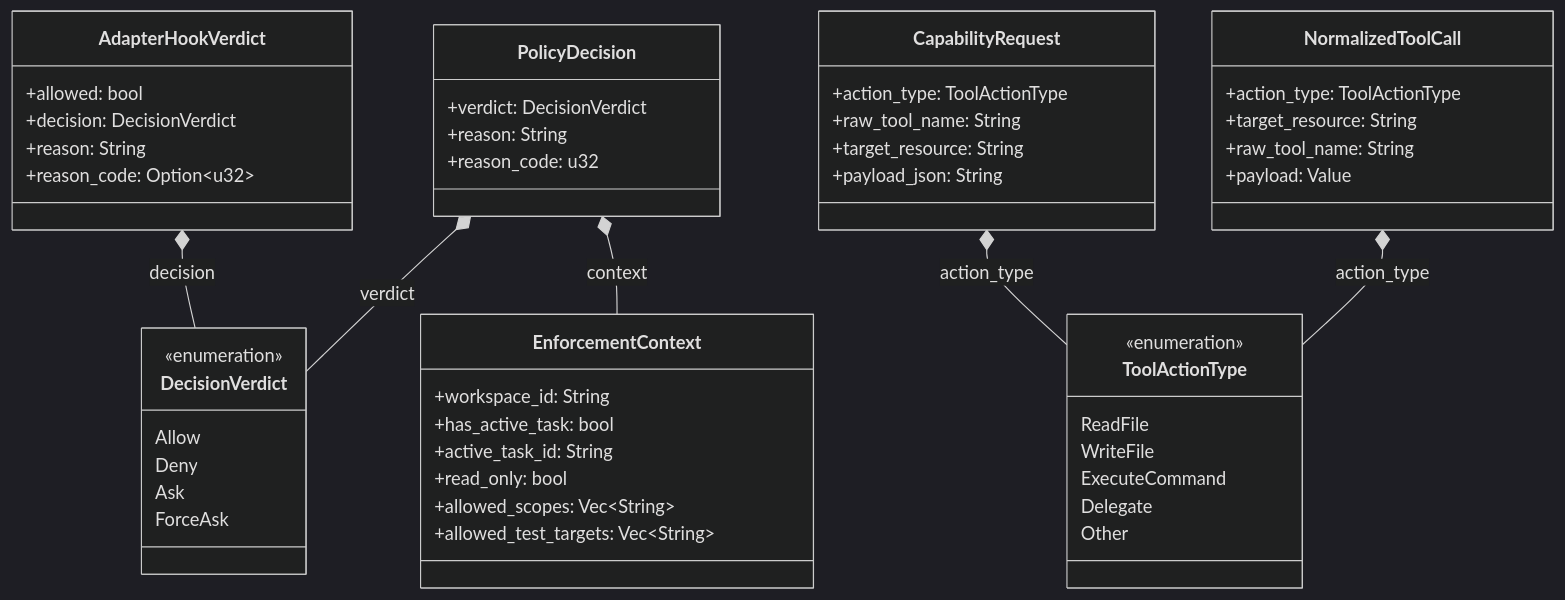
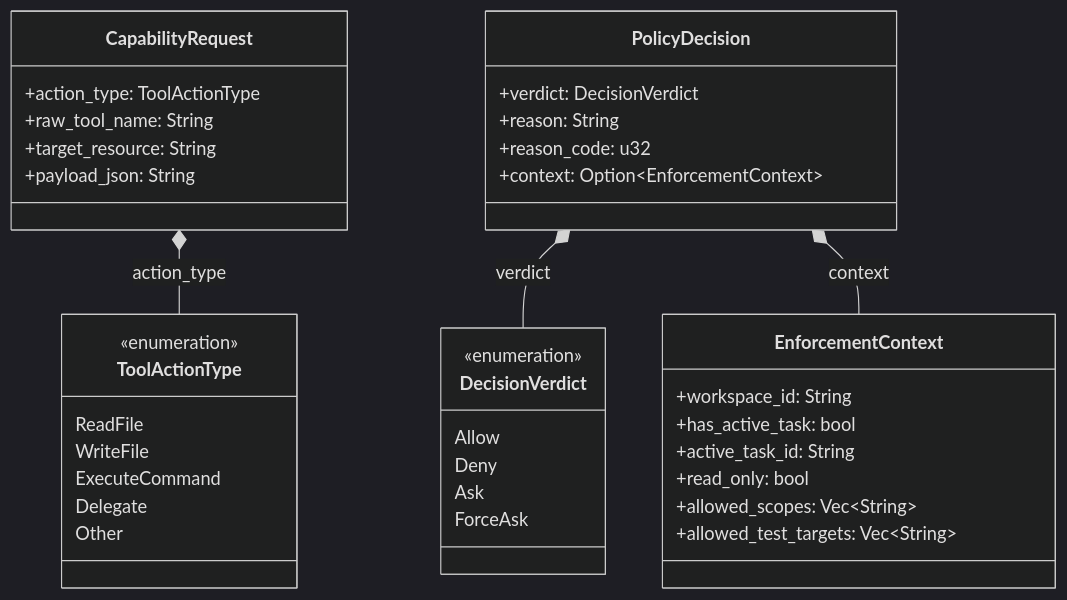
The diagram in docs/architecture/policy.md (rolfmadsen/xgauntlet), drawn with Mermaid (dark theme) before and after one commit. The commit also changed other lines of this file and 25 other files, not shown here.

````diff
--- a/docs/architecture/policy.md
+++ b/docs/architecture/policy.md
@@ -7,67 +7,52 @@
 ```mermaid
 classDiagram
     direction TB
 
     %% ====================================================================
     %% 🧩 Feature Slice: policy (with 1-hop domain neighbors)
     %% ====================================================================
-
-    class AdapterHookVerdict {
-        +allowed: bool
-        +decision: DecisionVerdict
-        +reason: String
-        +reason_code: Option~u32~
-    }
 
     class CapabilityRequest {
         +action_type: ToolActionType
         +raw_tool_name: String
         +target_resource: String
         +payload_json: String
     }
 
     class DecisionVerdict {
         <<enumeration>>
         Allow
         Deny
         Ask
         ForceAsk
     }
 
     class EnforcementContext {
         +workspace_id: String
         +has_active_task: bool
         +active_task_id: String
         +read_only: bool
         +allowed_scopes: Vec~String~
         +allowed_test_targets: Vec~String~
     }
 
-    class NormalizedToolCall {
-        +action_type: ToolActionType
-        +target_resource: String
-        +raw_tool_name: String
-        +payload: Value
-    }
-
     class PolicyDecision {
         +verdict: DecisionVerdict
         +reason: String
         +reason_code: u32
+        +context: Option~EnforcementContext~
     }
 
     class ToolActionType {
         <<enumeration>>
         ReadFile
         WriteFile
         ExecuteCommand
         Delegate
         Other
     }
 
-    CapabilityRequest *-- ToolActionType : action_type
-    AdapterHookVerdict *-- DecisionVerdict : decision
-    NormalizedToolCall *-- ToolActionType : action_type
     PolicyDecision *-- DecisionVerdict : verdict
     PolicyDecision *-- EnforcementContext : context
+    CapabilityRequest *-- ToolActionType : action_type
 ```
````
